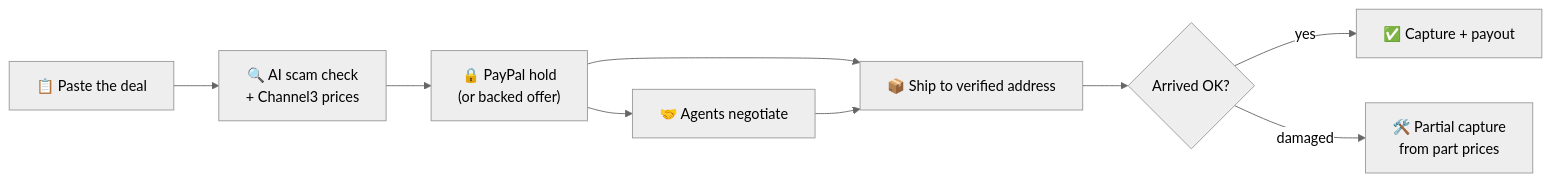
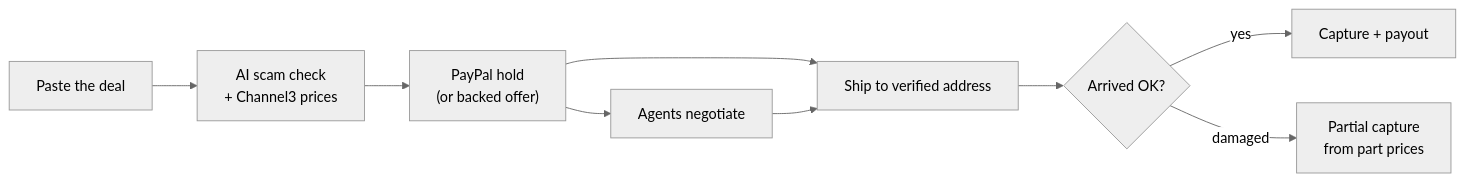
The diagram in README.md (Yashasm18/Handshake), drawn with Mermaid (neutral theme) before and after one commit. The commit also changed other lines of this file, not shown here.

````diff
--- a/README.md
+++ b/README.md
@@ -84,11 +84,11 @@
 ```mermaid
 flowchart LR
-    A["📋 Paste the deal"] --> B["🔍 AI scam check<br/>+ Channel3 prices"]
-    B --> C["🔒 PayPal hold<br/>(or backed offer)"]
-    C --> D["🤝 Agents negotiate"]
-    C --> E["📦 Ship to verified address"]
+    A["Paste the deal"] --> B["AI scam check<br/>+ Channel3 prices"]
+    B --> C["PayPal hold<br/>(or backed offer)"]
+    C --> D["Agents negotiate"]
+    C --> E["Ship to verified address"]
     D --> E
     E --> F{"Arrived OK?"}
-    F -->|yes| G["✅ Capture + payout"]
-    F -->|damaged| H["🛠️ Partial capture<br/>from part prices"]
+    F -->|yes| G["Capture + payout"]
+    F -->|damaged| H["Partial capture<br/>from part prices"]
 ```
````
